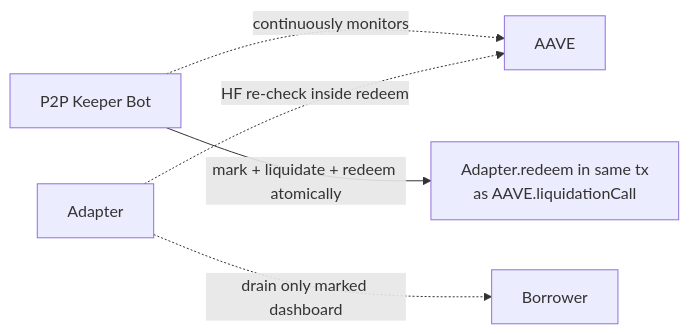
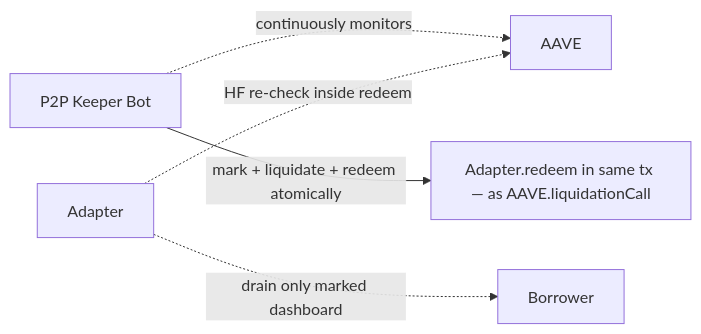
One commit to sanbir/vault-steth-adapter changed the fifth of 6 diagrams in docs/Liquidation-guarantees.md. Above: the diagram before and after it, drawn with Mermaid. The commit also changed other lines of this file and 1 other file, not shown here.

First line of the commit message:
docs: fix Mermaid <br/> rendering errors in Architecture.md and Liquidation-guarantees.md

````diff
--- a/docs/Liquidation-guarantees.md
+++ b/docs/Liquidation-guarantees.md
@@ -181,13 +181,13 @@
 ```mermaid
 flowchart LR
     Borrower["Borrower"]
     KeeperBot["P2P Keeper Bot"]
     Adapter
     AAVE
 
     KeeperBot -.continuously monitors.-> AAVE
-    KeeperBot -->|mark + liquidate + redeem atomically| AdapterCall["Adapter.redeem in same tx<br/>as AAVE.liquidationCall"]
+    KeeperBot -->|mark + liquidate + redeem atomically| AdapterCall["Adapter.redeem in same tx — as AAVE.liquidationCall"]
 
     Adapter -.HF re-check inside redeem.-> AAVE
     Adapter -.drain only marked dashboard.-> Borrower
 ```
````
